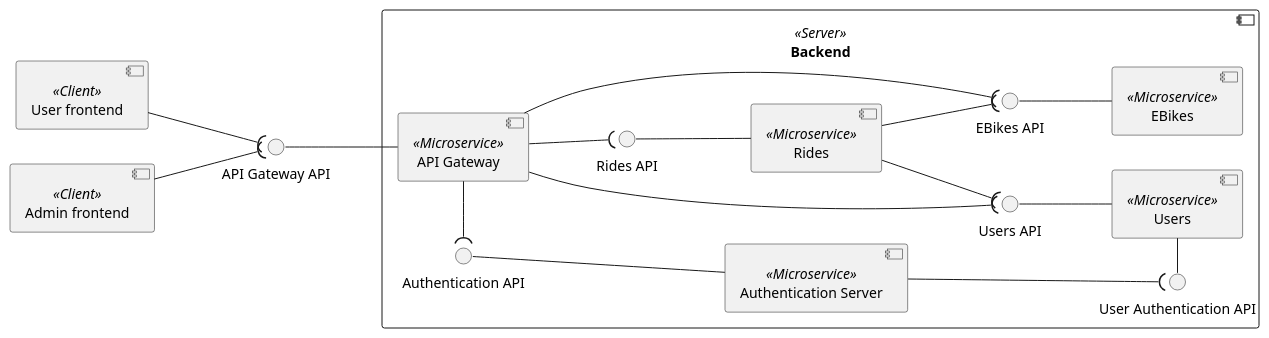
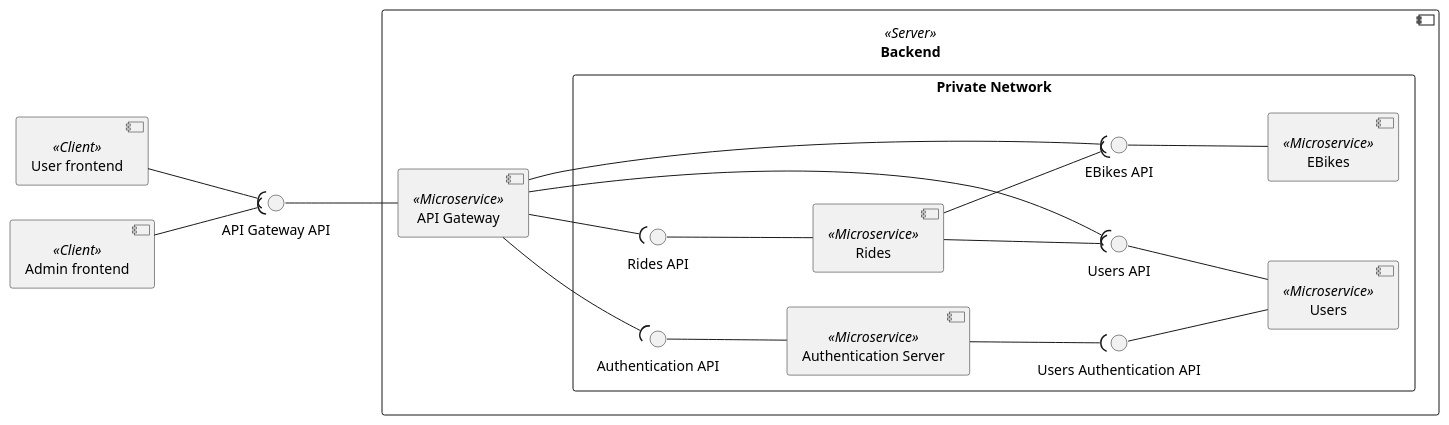
One commit to Ventus218/SAP-assignment-02 changed the diagram in doc/diagrams/src/components.puml. Above: the diagram before and after it, drawn with PlantUML. The commit also changed 1 other file, not shown here.

```diff
--- a/doc/diagrams/src/components.puml
+++ b/doc/diagrams/src/components.puml
@@ -1,42 +1,44 @@
 @startuml components
 
 left to right direction
 
 component "User frontend" as UserFE <<Client>>
 component "Admin frontend" as AdminFE <<Client>>
 
 component Backend <<Server>> {
     component "API Gateway" as APIGateway <<Microservice>>
 
-    component "EBikes" as EBikes <<Microservice>>
-    interface "EBikes API" as EBikesAPI
-    APIGateway --( EBikesAPI
-    EBikes -u-() EBikesAPI
+    rectangle "Private Network" {
+        component "EBikes" as EBikes <<Microservice>>
+        interface "EBikes API" as EBikesAPI
+        APIGateway --( EBikesAPI
+        EBikes -u-() EBikesAPI
 
-    component "Users" as Users <<Microservice>>
-    interface "Users API" as UsersAPI
-    APIGateway --( UsersAPI
-    Users -u-() UsersAPI
+        component "Users" as Users <<Microservice>>
+        interface "Users API" as UsersAPI
+        APIGateway --( UsersAPI
+        Users -u-() UsersAPI
+        Users -u-() UserAuthAPI
 
-    component "Rides" as Rides <<Microservice>>
-    interface "Rides API" as RidesAPI
-    APIGateway --( RidesAPI
-    Rides -u-() RidesAPI
-    Rides --( UsersAPI
-    Rides --( EBikesAPI
+        component "Rides" as Rides <<Microservice>>
+        interface "Rides API" as RidesAPI
+        APIGateway --( RidesAPI
+        Rides -u-() RidesAPI
+        Rides --( UsersAPI
+        Rides --( EBikesAPI
 
-    component "Authentication Server" as AuthServer <<Microservice>>
-    interface "Authentication API" as AuthAPI
-    APIGateway -l-( AuthAPI
-    AuthServer --u-() AuthAPI
+        component "Authentication Server" as AuthServer <<Microservice>>
+        interface "Authentication API" as AuthAPI
+        APIGateway --( AuthAPI
+        AuthServer -u-() AuthAPI
 
-    interface "User Authentication API" as UserAuthAPI
-    AuthServer ---( UserAuthAPI
-    Users -l-() UserAuthAPI
+        interface "Users Authentication API" as UserAuthAPI
+        AuthServer --( UserAuthAPI
+    }
 }
 
 APIGateway -u-() "API Gateway API"
 UserFE --( "API Gateway API"
 AdminFE --( "API Gateway API"
 
 @enduml
```
